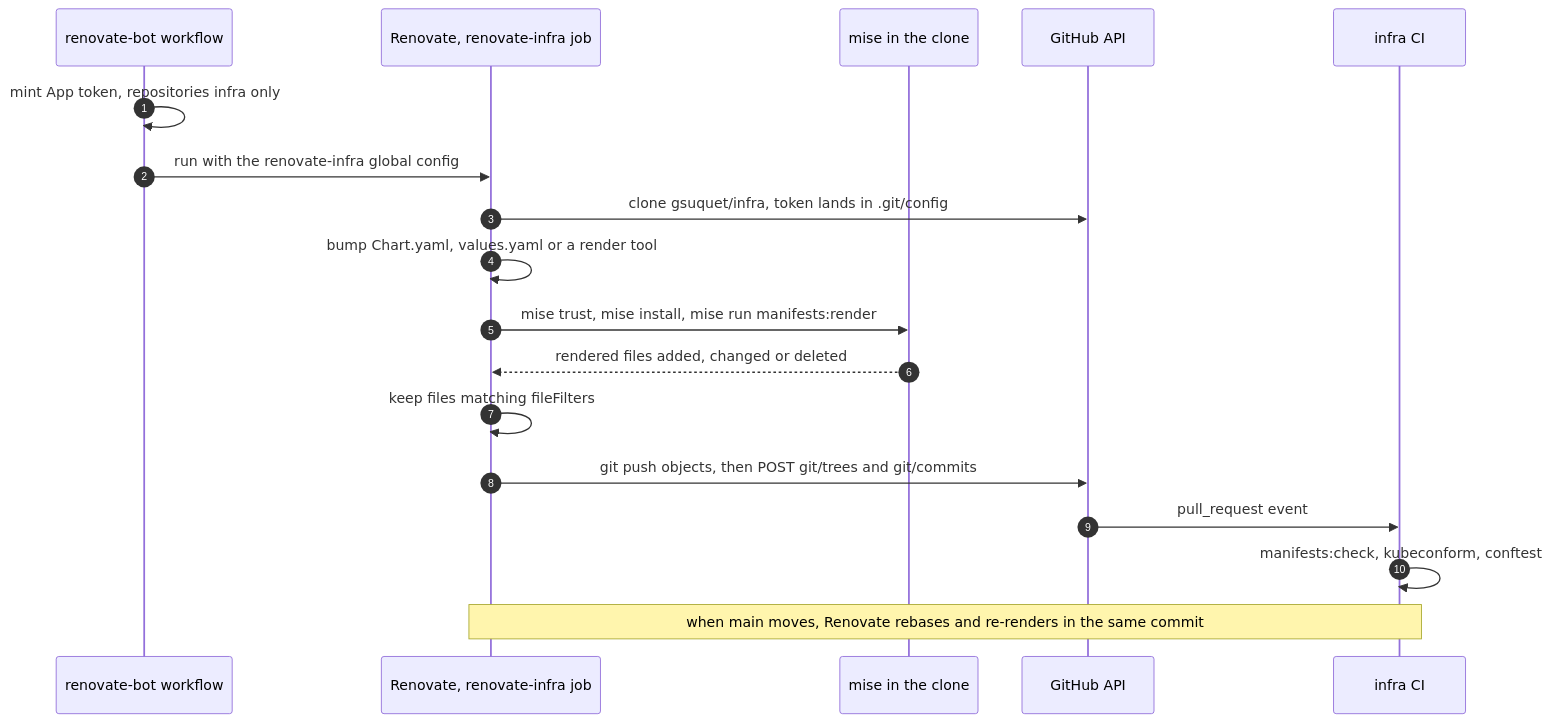
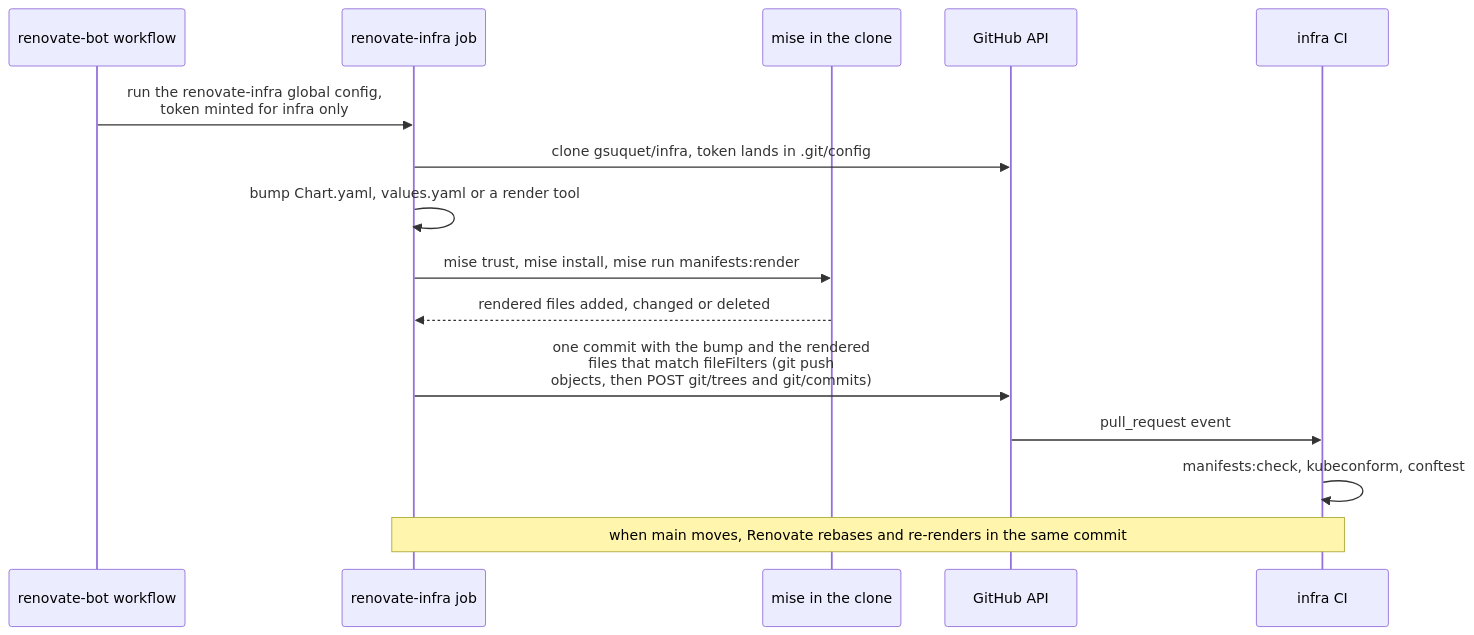
Before and after one commit to gsuquet/infra: the third of 3 diagrams in docs/rfc/0023-renovate-rendered-manifests.md, drawn with Mermaid. The commit also changed other lines of this file and 6 other files, not shown here.

````diff
--- a/docs/rfc/0023-renovate-rendered-manifests.md
+++ b/docs/rfc/0023-renovate-rendered-manifests.md
@@ -143,20 +143,17 @@
 ```mermaid
 sequenceDiagram
-    autonumber
     participant W as renovate-bot workflow
-    participant R as Renovate, renovate-infra job
+    participant R as renovate-infra job
     participant M as mise in the clone
     participant G as GitHub API
     participant CI as infra CI
-    W->>W: mint App token, repositories infra only
-    W->>R: run with the renovate-infra global config
+    W->>R: run the renovate-infra global config,<br/>token minted for infra only
     R->>G: clone gsuquet/infra, token lands in .git/config
     R->>R: bump Chart.yaml, values.yaml or a render tool
     R->>M: mise trust, mise install, mise run manifests:render
     M-->>R: rendered files added, changed or deleted
-    R->>R: keep files matching fileFilters
-    R->>G: git push objects, then POST git/trees and git/commits
+    R->>G: one commit with the bump and the rendered<br/>files that match fileFilters (git push<br/>objects, then POST git/trees and git/commits)
     G->>CI: pull_request event
     CI->>CI: manifests:check, kubeconform, conftest
     Note over R,CI: when main moves, Renovate rebases and re-renders in the same commit
 ```
````
